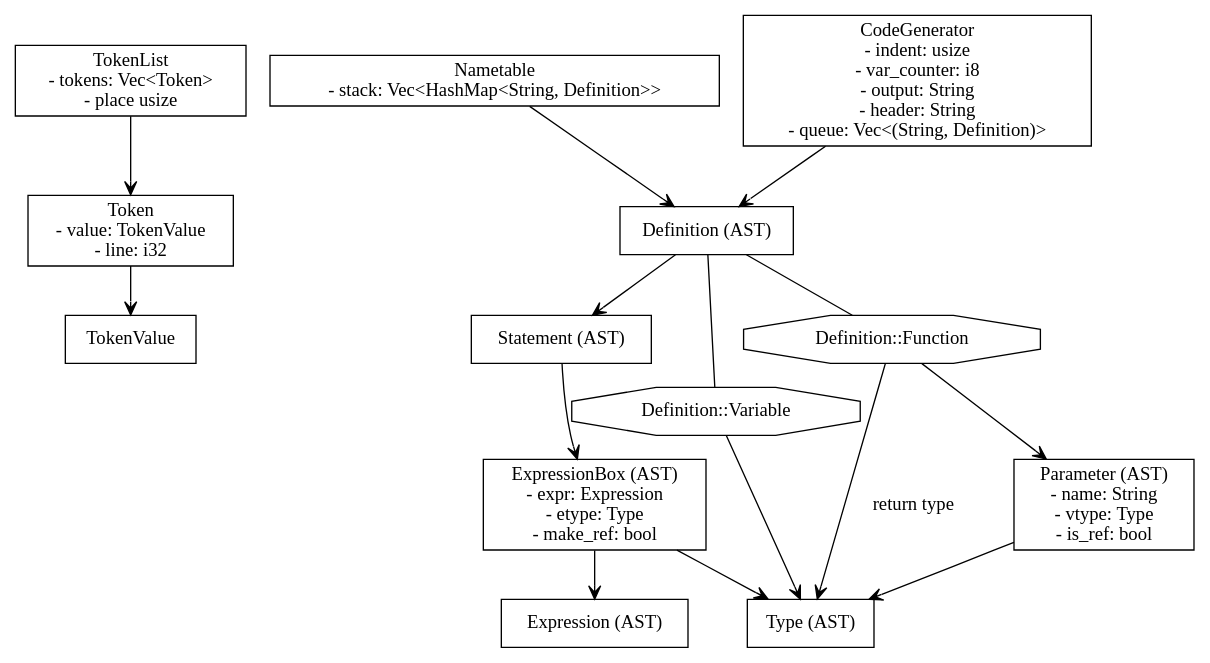
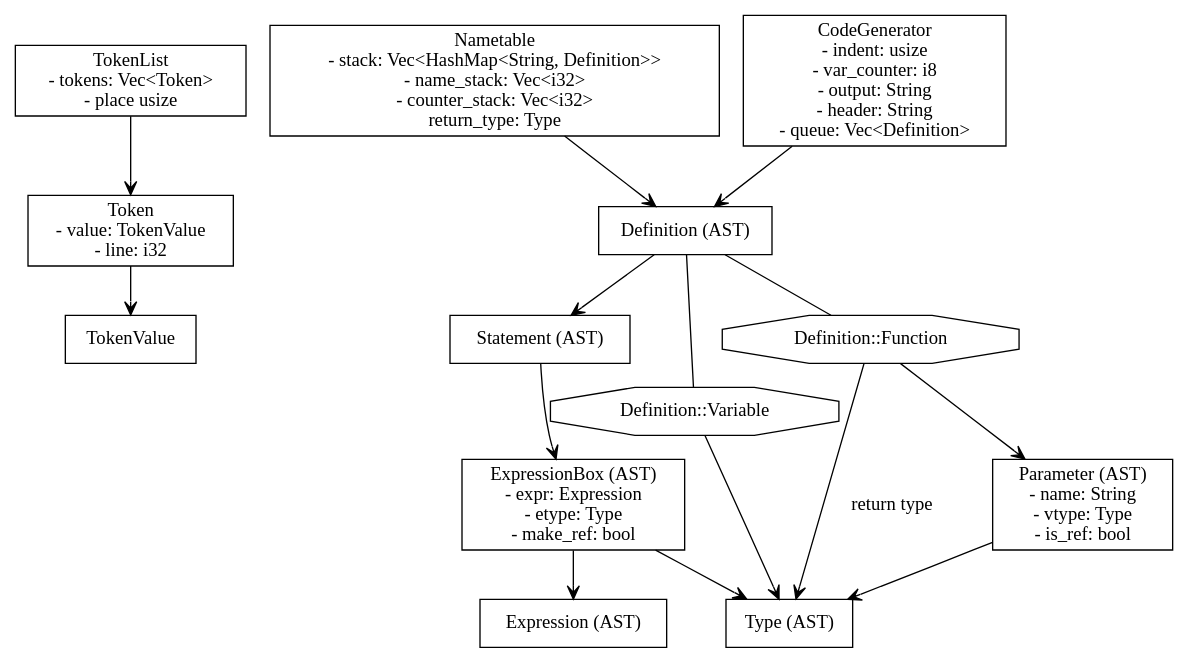
The diagram in arch.dot (fergusq/mp), drawn with Graphviz before and after one commit. The commit also changed 1 other file, not shown here.

Commit message:
updated arch diagram

```diff
--- a/arch.dot
+++ b/arch.dot
@@ -1,37 +1,37 @@
 digraph G {
     TokenList [shape=box,label="TokenList\n- tokens: Vec<Token>\n- place usize"];
     Token [shape=box,label="Token\n- value: TokenValue\n- line: i32"];
     TokenValue [shape=box];
     
     TokenList -> Token -> TokenValue [arrowhead=vee];
     
     Type [shape=box,label="Type (AST)"];
     Definition [shape=box,label="Definition (AST)"];
     Parameter [shape=box,label="Parameter (AST)\n- name: String\n- vtype: Type\n- is_ref: bool"];
     Statement [shape=box,label="Statement (AST)"];
     ExpressionBox [shape=box,label="ExpressionBox (AST)\n- expr: Expression\n- etype: Type\n- make_ref: bool"];
     Expression [shape=box,label="Expression (AST)"];
     
     VariableDef [shape=octagon,label="Definition::Variable"];
     FunctionDef [shape=octagon,label="Definition::Function"];
     
     Definition -> VariableDef [arrowhead=none,arrowtail=normal];
     Definition -> FunctionDef [arrowhead=none,arrowtail=normal];
     
     FunctionDef -> Parameter [arrowhead=vee];
     FunctionDef -> Type [arrowhead=vee,label="return type"];
     
     VariableDef -> Type [arrowhead=vee];
     
     Parameter -> Type [arrowhead=vee];
     ExpressionBox -> Expression [arrowhead=vee];
     ExpressionBox -> Type [arrowhead=vee];
     Definition -> Statement [arrowhead=vee];
     Statement -> ExpressionBox [arrowhead=vee];
     
-    Nametable [shape=box,label="Nametable\n- stack: Vec<HashMap<String, Definition>>"];
+    Nametable [shape=box,label="Nametable\n- stack: Vec<HashMap<String, Definition>>\n- name_stack: Vec<i32>\n- counter_stack: Vec<i32>\nreturn_type: Type"];
     Nametable -> Definition [arrowhead=vee];
     
-    CodeGenerator [shape=box,label="CodeGenerator\n- indent: usize\n- var_counter: i8\n- output: String\n- header: String\n- queue: Vec<(String, Definition)>"];
+    CodeGenerator [shape=box,label="CodeGenerator\n- indent: usize\n- var_counter: i8\n- output: String\n- header: String\n- queue: Vec<Definition>"];
     CodeGenerator -> Definition [arrowhead=vee];
 }
```
